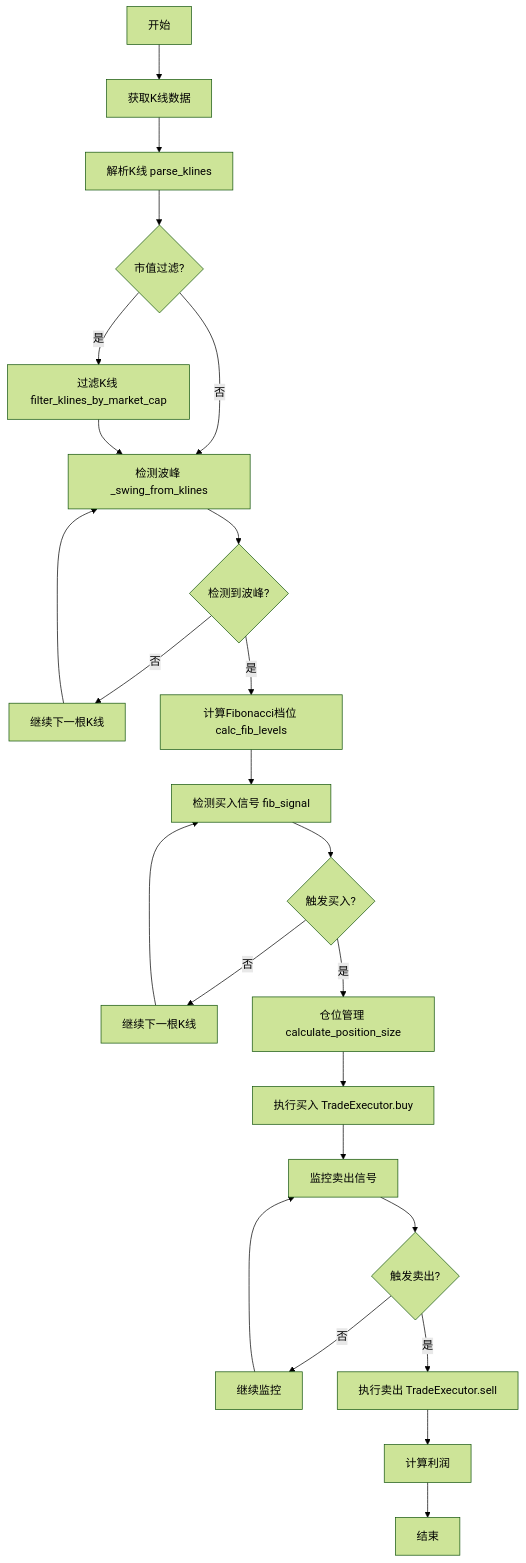
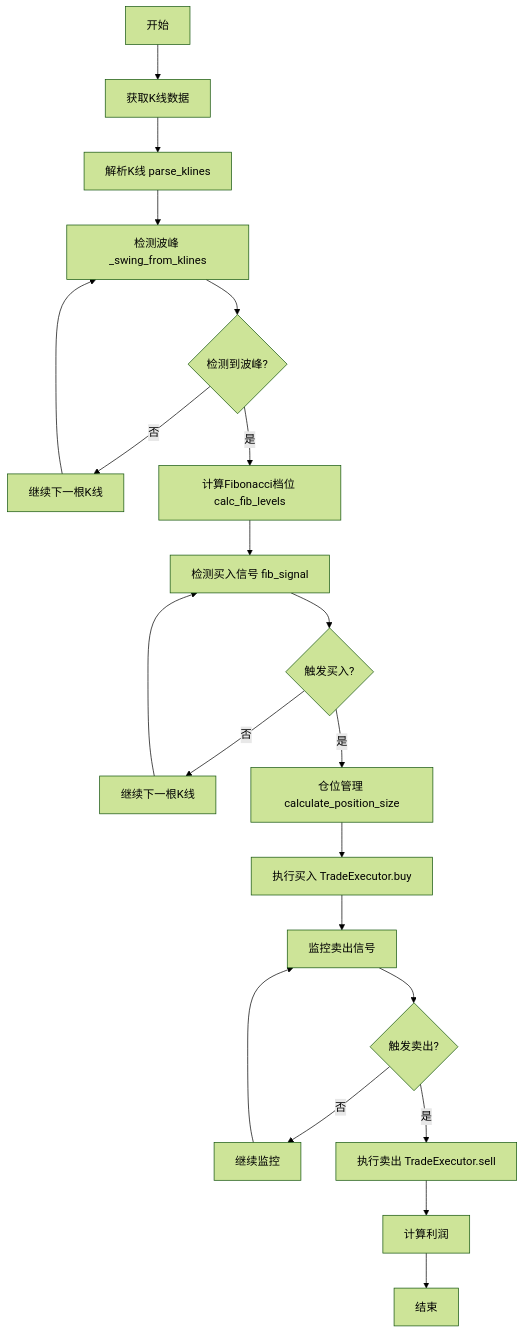
The first of 6 diagrams in docs/TRADING_FLOW.md (dinnelthai/logearn-traidng-skills), drawn with Mermaid (forest theme) before and after one commit. The commit also changed other lines of this file and 5 other files, not shown here.

````diff
--- a/docs/TRADING_FLOW.md
+++ b/docs/TRADING_FLOW.md
@@ -5,26 +5,23 @@
 ```mermaid
 graph TD
     A[开始] --> B[获取K线数据]
     B --> C[解析K线 parse_klines]
-    C --> D{市值过滤?}
-    D -->|是| E[过滤K线 filter_klines_by_market_cap]
-    D -->|否| F[检测波峰 _swing_from_klines]
-    E --> F
-    F --> G{检测到波峰?}
-    G -->|否| H[继续下一根K线]
-    H --> F
-    G -->|是| I[计算Fibonacci档位 calc_fib_levels]
-    I --> J[检测买入信号 fib_signal]
-    J --> K{触发买入?}
-    K -->|否| L[继续下一根K线]
-    L --> J
-    K -->|是| M[仓位管理 calculate_position_size]
-    M --> N[执行买入 TradeExecutor.buy]
-    N --> O[监控卖出信号]
-    O --> P{触发卖出?}
-    P -->|否| Q[继续监控]
-    Q --> O
-    P -->|是| R[执行卖出 TradeExecutor.sell]
-    R --> S[计算利润]
-    S --> T[结束]
+    C --> D[检测波峰 _swing_from_klines]
+    D --> E{检测到波峰?}
+    E -->|否| F[继续下一根K线]
+    F --> D
+    E -->|是| G[计算Fibonacci档位 calc_fib_levels]
+    G --> H[检测买入信号 fib_signal]
+    H --> I{触发买入?}
+    I -->|否| J[继续下一根K线]
+    J --> H
+    I -->|是| K[仓位管理 calculate_position_size]
+    K --> L[执行买入 TradeExecutor.buy]
+    L --> M[监控卖出信号]
+    M --> N{触发卖出?}
+    N -->|否| O[继续监控]
+    O --> M
+    N -->|是| P[执行卖出 TradeExecutor.sell]
+    P --> Q[计算利润]
+    Q --> R[结束]
 ```
````
